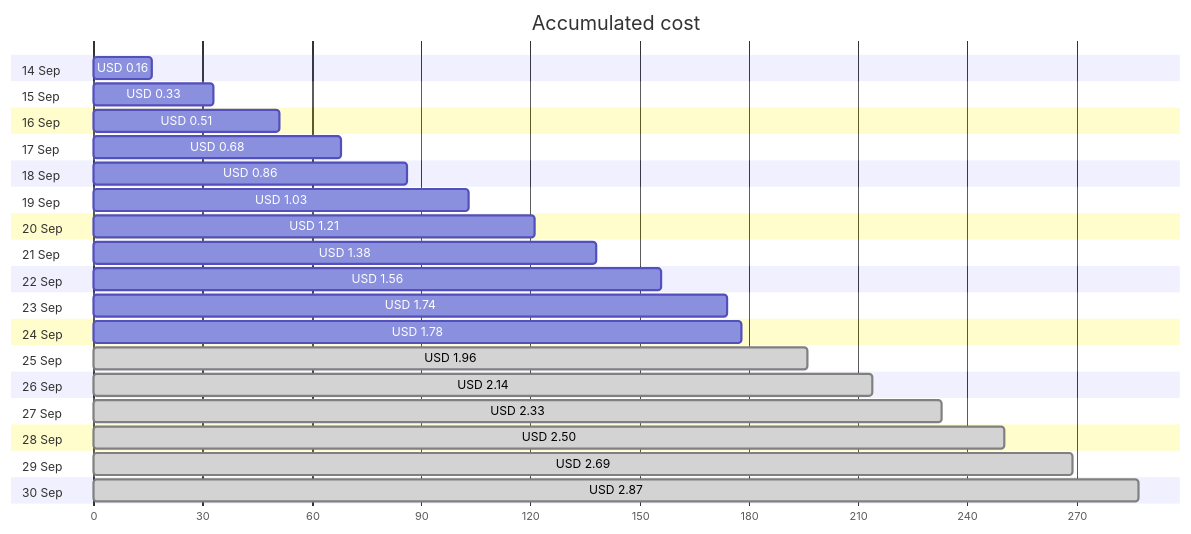
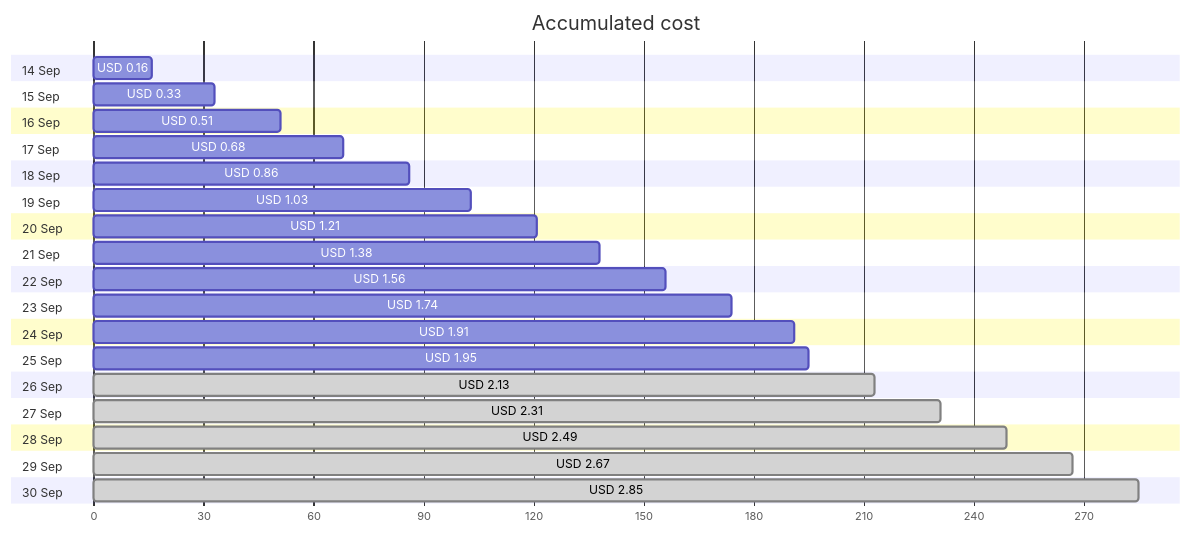
The first of 4 diagrams in cost-reports/personal-network/backup-server.md (jpfulton/azure-personal-reports), drawn with Mermaid before and after one commit. The commit also changed other lines of this file and 9 other files, not shown here.

````diff
--- a/cost-reports/personal-network/backup-server.md
+++ b/cost-reports/personal-network/backup-server.md
@@ -20,40 +20,40 @@
 ```mermaid
 gantt
    title Accumulated cost
    dateFormat  X
    axisFormat %s
    section 14 Sep
    USD 0.16 :0, 16
    section 15 Sep
    USD 0.33 :0, 33
    section 16 Sep
    USD 0.51 :0, 51
    section 17 Sep
    USD 0.68 :0, 68
    section 18 Sep
    USD 0.86 :0, 86
    section 19 Sep
    USD 1.03 :0, 103
    section 20 Sep
    USD 1.21 :0, 121
    section 21 Sep
    USD 1.38 :0, 138
    section 22 Sep
    USD 1.56 :0, 156
    section 23 Sep
    USD 1.74 :0, 174
    section 24 Sep
-   USD 1.78 :0, 178
+   USD 1.91 :0, 191
    section 25 Sep
-   USD 1.96 : done, 0, 196
+   USD 1.95 :0, 195
    section 26 Sep
-   USD 2.14 : done, 0, 214
+   USD 2.13 : done, 0, 213
    section 27 Sep
-   USD 2.33 : done, 0, 233
+   USD 2.31 : done, 0, 231
    section 28 Sep
-   USD 2.50 : done, 0, 250
+   USD 2.49 : done, 0, 249
    section 29 Sep
-   USD 2.69 : done, 0, 269
+   USD 2.67 : done, 0, 267
    section 30 Sep
-   USD 2.87 : done, 0, 287
+   USD 2.85 : done, 0, 285
 ```
````
